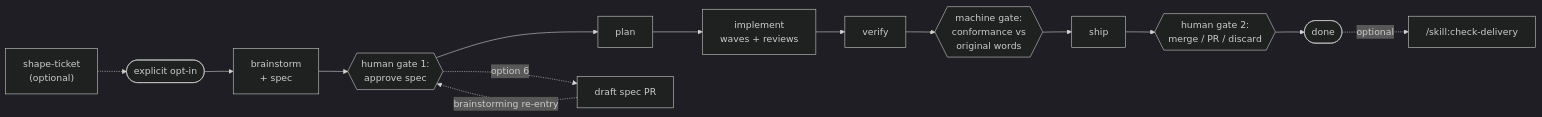
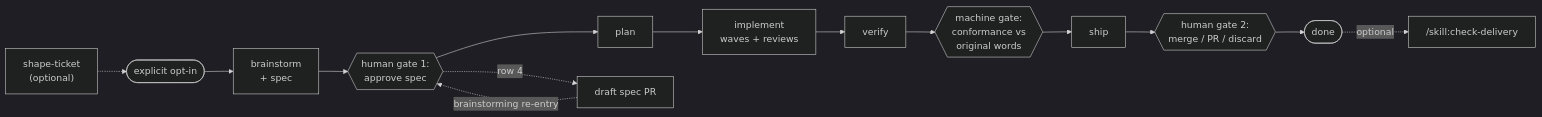
The diagram in README.md (jjuraszek/pi-gauntlet), drawn with Mermaid (dark theme) before and after one commit. The commit also changed other lines of this file and 121 other files, not shown here.

First line of the commit message:
Spec approval gate: four rows, per-engine flags, one recommended row (#149)

````diff
--- a/README.md
+++ b/README.md
@@ -68,17 +68,17 @@
 ```mermaid
 flowchart LR
     T["shape-ticket<br/>(optional)"]
     R([explicit opt-in]) --> B[brainstorm<br/>+ spec]
     T -.-> R
     B --> G1{{human gate 1:<br/>approve spec}}
     G1 --> P[plan]
-    G1 -.option 6.-> H[draft spec PR]
+    G1 -.row 4.-> H[draft spec PR]
     H -.brainstorming re-entry.-> G1
     P --> I[implement<br/>waves + reviews]
     I --> V[verify]
     V --> M{{machine gate:<br/>conformance vs<br/>original words}}
     M --> S[ship]
     S --> G2{{human gate 2:<br/>merge / PR / discard}}
     G2 --> D([done])
     D -.optional.-> CD["/skill:check-delivery"]
 ```
````
